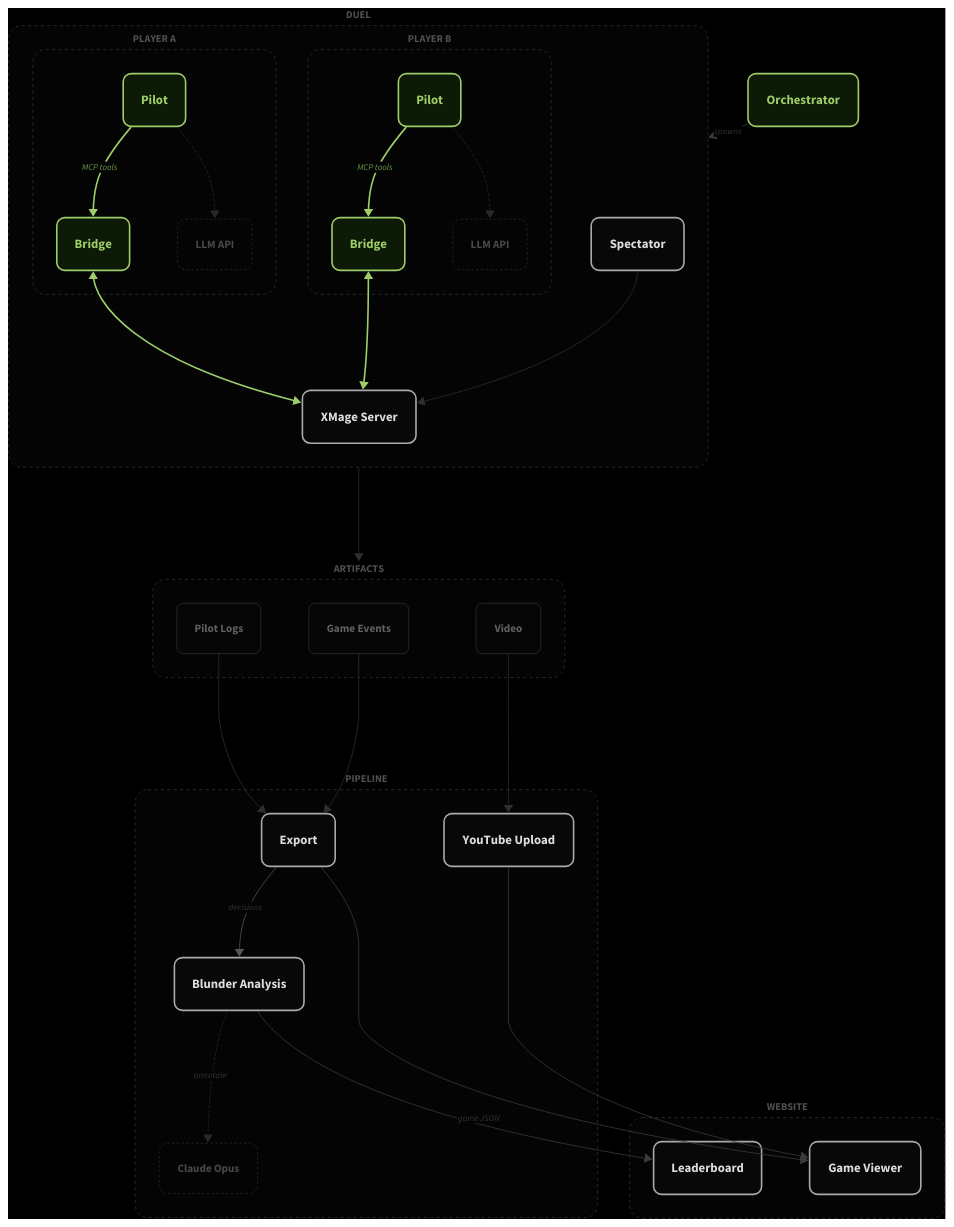
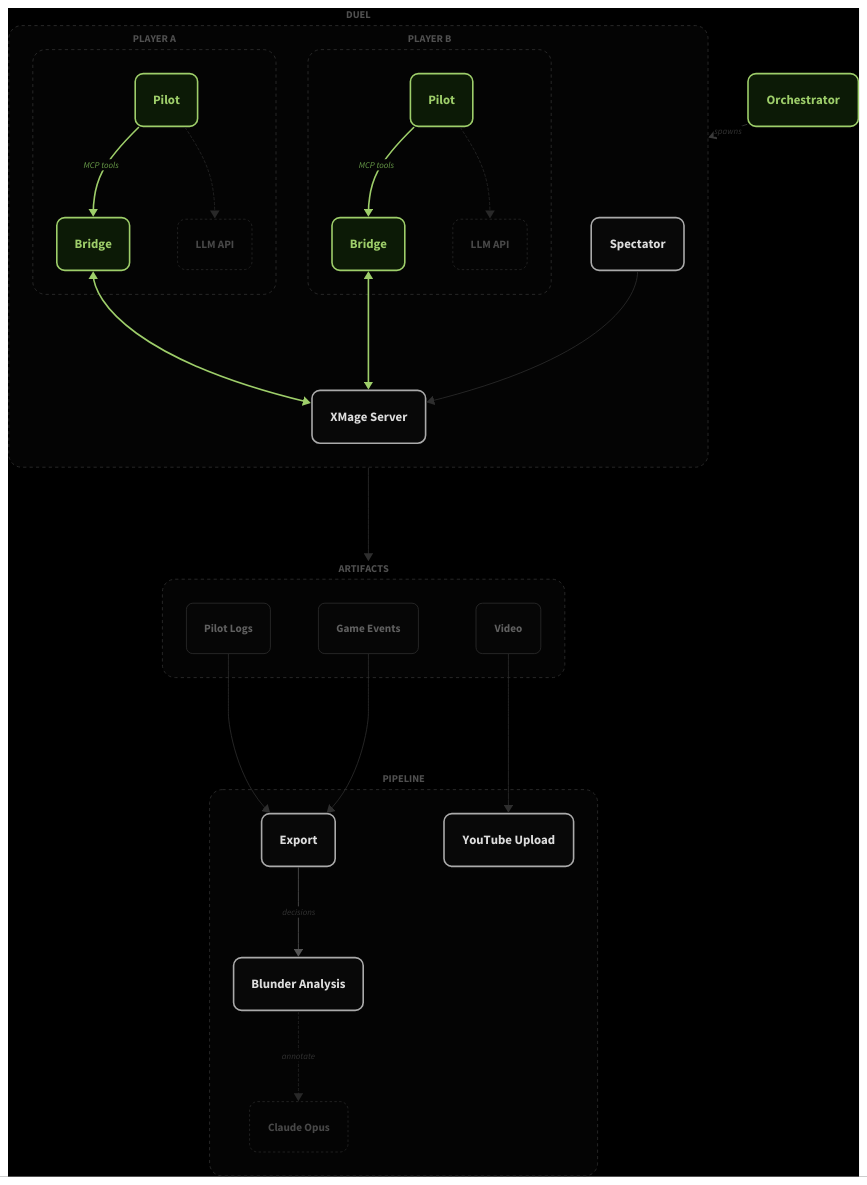
Before and after one commit to GregorStocks/mage-bench: the diagram in doc/architecture.d2, drawn with D2. The commit also changed 1 other file, not shown here.

```diff
--- a/doc/architecture.d2
+++ b/doc/architecture.d2
@@ -210,13 +210,3 @@
 artifacts.logs -> pipeline.export {class: dim-edge}
 artifacts.events -> pipeline.export {class: dim-edge}
 artifacts.video -> pipeline.youtube {class: dim-edge}
-
-website: WEBSITE {
-  class: section
-  leaderboard: Leaderboard {class: core}
-  viewer: Game Viewer {class: core}
-}
-
-pipeline.export -> website.viewer: game JSON {class: mid-edge}
-pipeline.blunder -> website.leaderboard {class: mid-edge}
-pipeline.youtube -> website.viewer {class: mid-edge}
```
